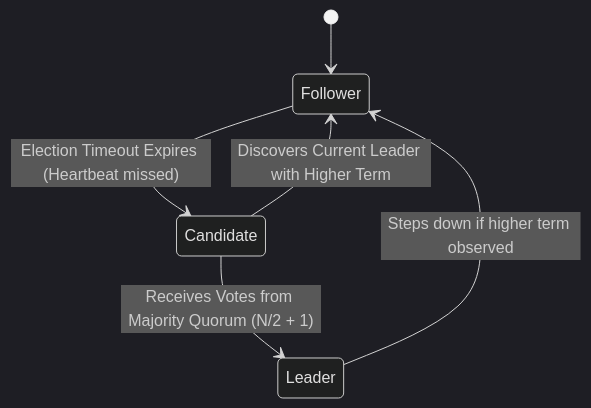
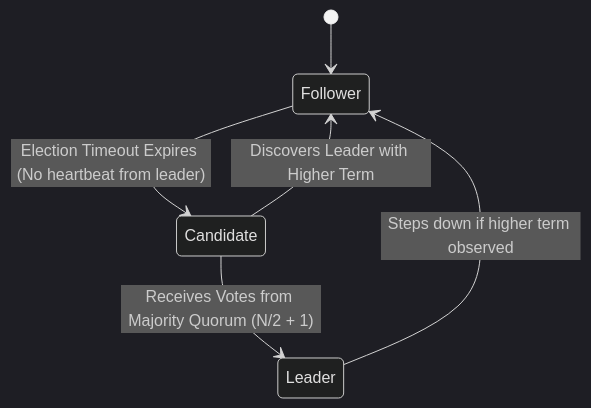
One commit to weaponxwolf/backend-engineering-mastry changed the sixth of 7 diagrams in docs/system-design/distributed-locks-consensus.mdx. Above: the diagram before and after it, drawn with Mermaid (dark theme). The commit also changed other lines of this file and 15 other files, not shown here.

````diff
--- a/docs/system-design/distributed-locks-consensus.mdx
+++ b/docs/system-design/distributed-locks-consensus.mdx
@@ -144,8 +330,8 @@
 ```mermaid
 stateDiagram-v2
     [*] --> Follower
-    Follower --> Candidate : Election Timeout Expires (Heartbeat missed)
+    Follower --> Candidate : Election Timeout Expires (No heartbeat from leader)
     Candidate --> Leader : Receives Votes from Majority Quorum (N/2 + 1)
-    Candidate --> Follower : Discovers Current Leader with Higher Term
+    Candidate --> Follower : Discovers Leader with Higher Term
     Leader --> Follower : Steps down if higher term observed
 ```
````
